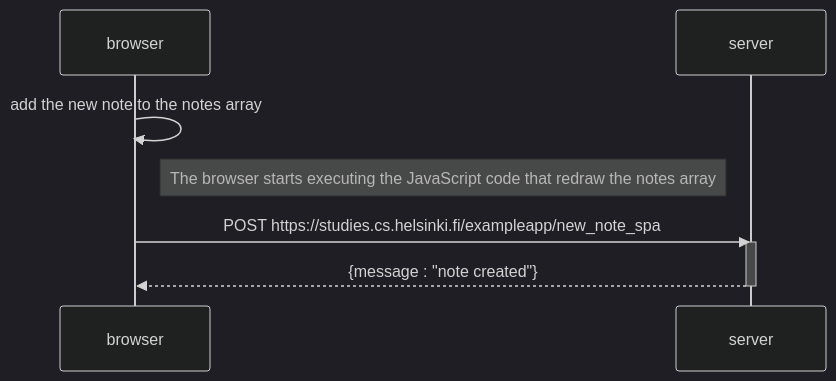
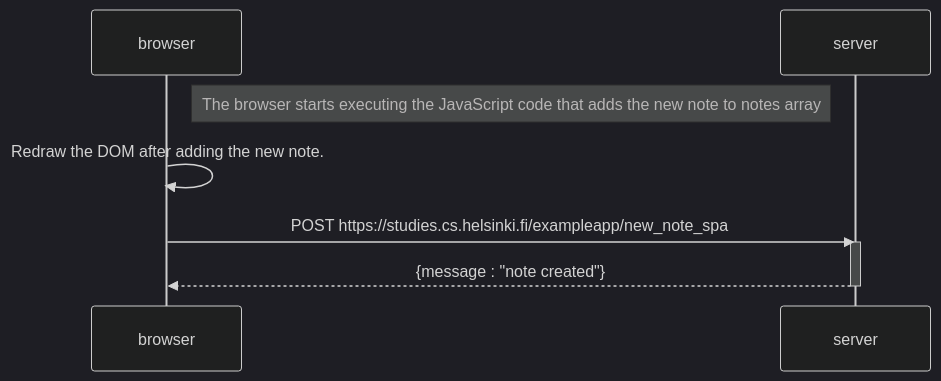
One commit to fizards12/Full-Stack-Course changed the diagram in part0/spa-new-note-diagram.md. Above: the diagram before and after it, drawn with Mermaid (dark theme).

````diff
--- a/part0/spa-new-note-diagram.md
+++ b/part0/spa-new-note-diagram.md
@@ -2,13 +2,13 @@
 ```mermaid
 sequenceDiagram
     participant browser
     participant server
 
-    browser->>browser: add the new note to the notes array
-    Note right of browser: The browser starts executing the JavaScript code that redraw the notes array
+    Note right of browser: The browser starts executing the JavaScript code that adds the new note to notes array
+    browser->>browser: Redraw the DOM after adding the new note.
 
     browser->>server: POST https://studies.cs.helsinki.fi/exampleapp/new_note_spa
     activate server
     server-->>browser: {message : "note created"}
     deactivate server
 ```
````
